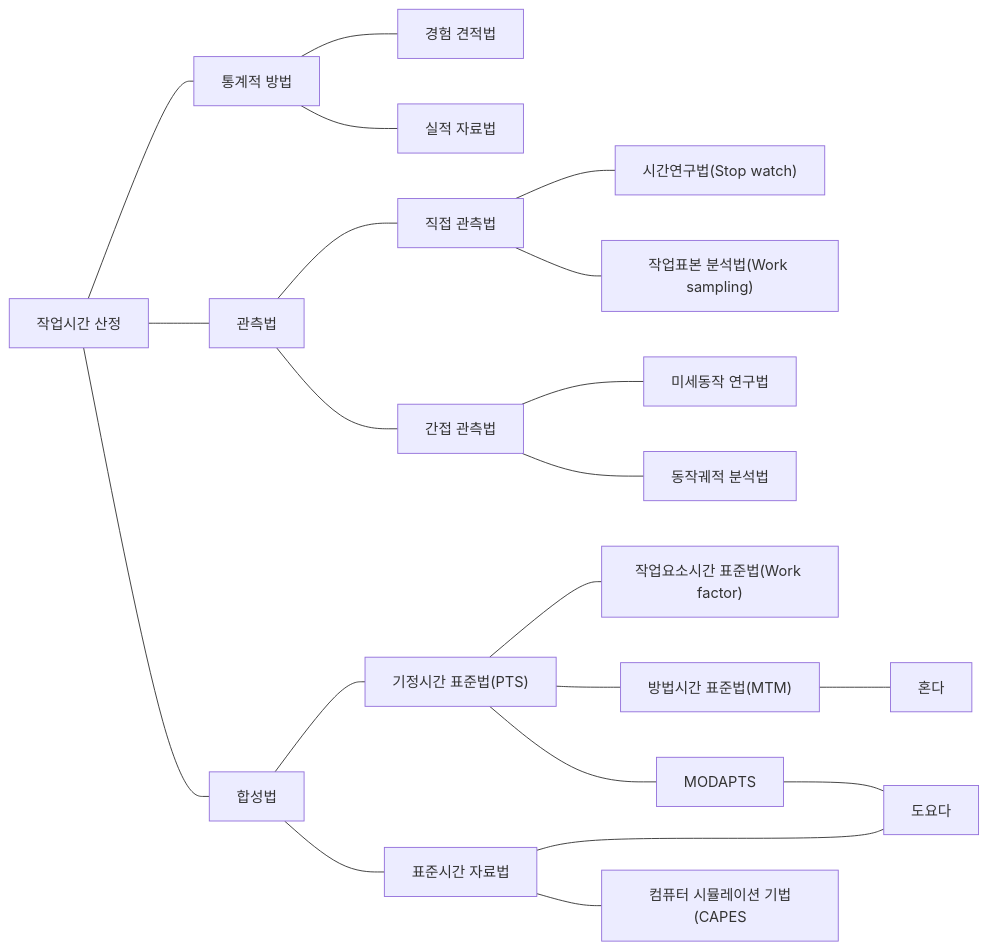
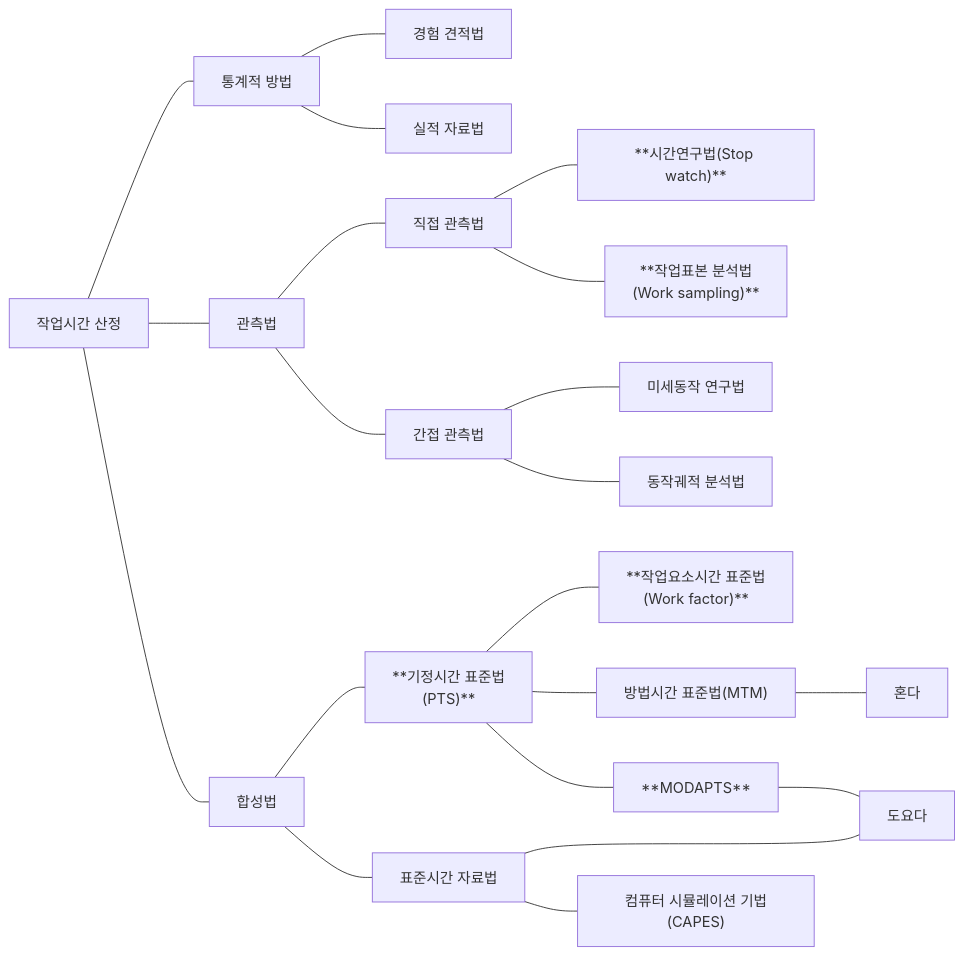
Before and after one commit to yeonkyupark/pepc2e: the first of 3 diagrams in 0701작업방법및시간연구.qmd, drawn with Mermaid. The commit also changed other lines of this file, not shown here.

````diff
--- a/0701작업방법및시간연구.qmd
+++ b/0701작업방법및시간연구.qmd
@@ -73,35 +86,35 @@
 ```{mermaid}
 flowchart LR
 00[작업시간 산정]
 01[통계적 방법]
 02[관측법]
 03[합성법]
 
 11[경험 견적법]
 12[실적 자료법]
 
 21[직접 관측법]
-211["시간연구법(Stop watch)"]
-212["작업표본 분석법(Work sampling)"]
+211["**시간연구법(Stop watch)**"]
+212["**작업표본 분석법<br>(Work sampling)**"]
 22[간접 관측법]
 221[미세동작 연구법]
 222[동작궤적 분석법]
 
-31["기정시간 표준법(PTS)"]
-311["작업요소시간 표준법(Work factor)"]
+31["**기정시간 표준법<br>(PTS)**"]
+311["**작업요소시간 표준법<br>(Work factor)**"]
 312["방법시간 표준법(MTM)"] --- 혼다
 32[표준시간 자료법] ---- D
-313["MODAPTS"] --- D[도요다]
-321["컴퓨터 시뮬레이션 기법(CAPES"]
+313["**MODAPTS**"] --- D[도요다]
+321["컴퓨터 시뮬레이션 기법(CAPES)"]
 
 00 --- 01 & 02 & 03
 
 01 --- 11 & 12
 
 02 --- 21 --- 211 & 212
 02 --- 22 --- 221 & 222
 
 03 --- 31 --- 311 & 312 & 313
 03 --- 32 --- 321
 
 ```
````
